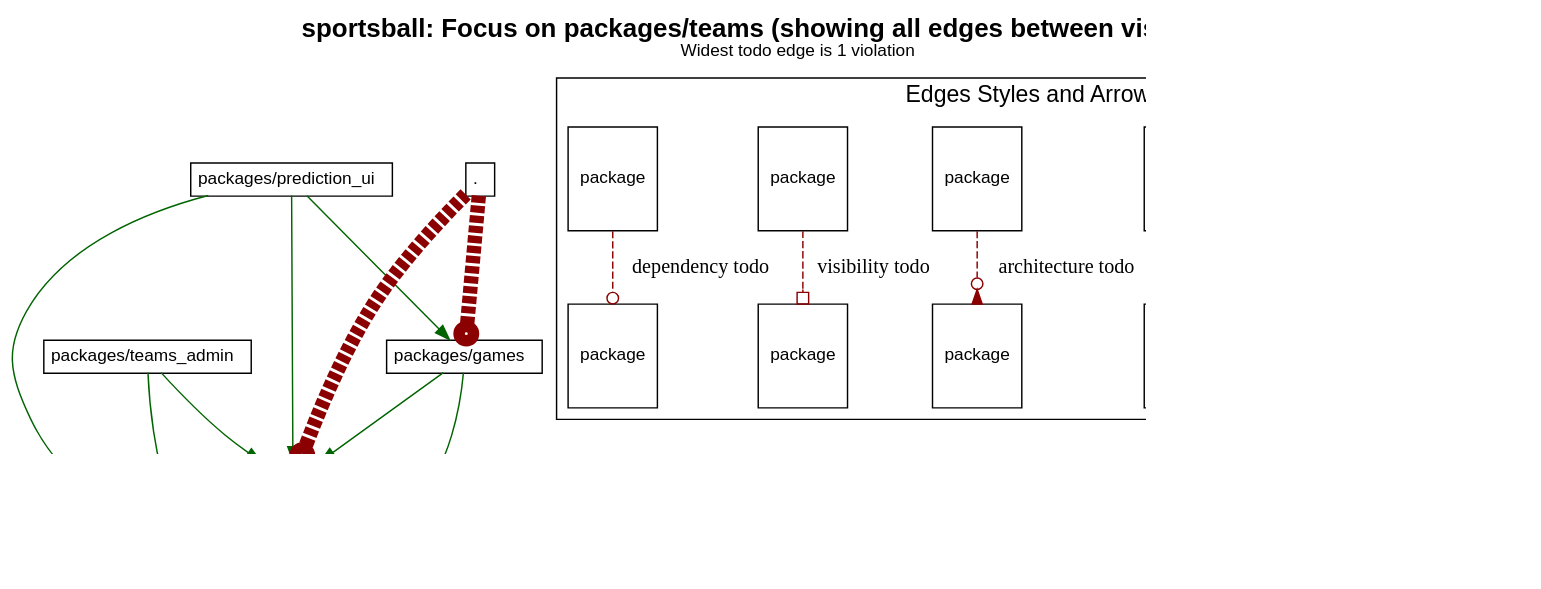
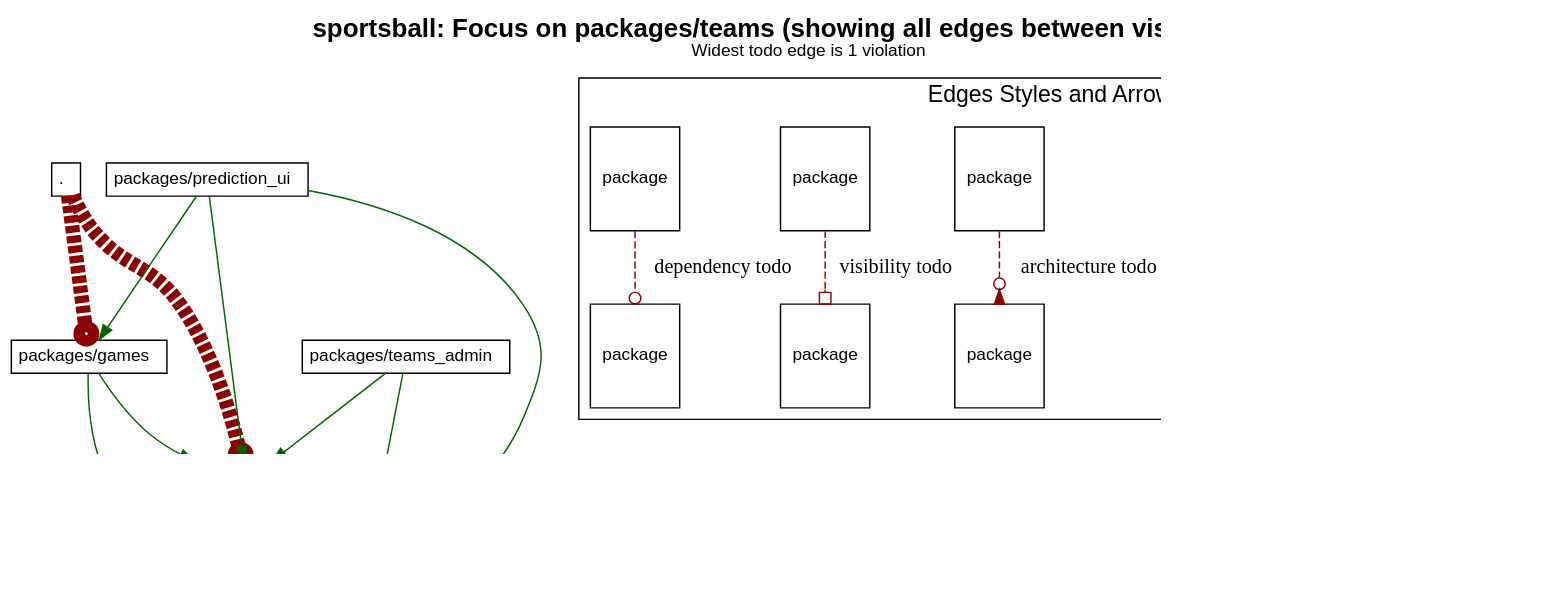
Before and after one commit to shageman/package-based-rails-applications-book: the diagram in c2s05/sportsball/diagrams/packages_teams.dot, drawn with Graphviz. The commit also changed other lines of this file and 496 other files, not shown here.

Commit message:
Update package diagrams

```diff
--- a/c2s05/sportsball/diagrams/packages_teams.dot
+++ b/c2s05/sportsball/diagrams/packages_teams.dot
@@ -1,126 +1,126 @@
 digraph package_diagram {
   rankdir=TD
   graph [
     labelloc="t"
     fontname="Helvetica,Arial,sans-serif"
     dpi=100
     layout=dot
     label=<<b>sportsball: Focus on packages/teams (showing all edges between visible packs)</b><br/><font point-size='12'>Widest todo edge is 1 violation</font>>
     fontsize=18
   ]
   node [
     fontname="Helvetica,Arial,sans-serif"
     fontsize=26.0
     fontcolor=black
     fillcolor=white
     color=black
     height=1.0
     style=filled
     shape=plain
   ]
     subgraph NotInLayer {
       shape=box
       color=darkgrey
       fillcolor=lightblue
       style=filled
         cluster=false
-        "packages/teams" [
-            fontsize=18.0
+        "." [
+            fontsize=12.0
             label= <
                 <table border='0' cellborder='1' cellspacing='0' cellpadding='4'>
-                  <tr> <td align='left'> packages/teams </td> </tr>
+                  <tr> <td align='left'> . </td> </tr>
+                </table>
+              >
+          ]
+        
+        "packages/games" [
+            fontsize=12.0
+            label= <
+                <table border='0' cellborder='1' cellspacing='0' cellpadding='4'>
+                  <tr> <td align='left'> packages/games </td> </tr>
                 </table>
               >
           ]
         
         "packages/prediction_ui" [
             fontsize=12.0
             label= <
                 <table border='0' cellborder='1' cellspacing='0' cellpadding='4'>
                   <tr> <td align='left'> packages/prediction_ui </td> </tr>
                 </table>
               >
           ]
         
+        "packages/rails_shims" [
+            fontsize=12.0
+            label= <
+                <table border='0' cellborder='1' cellspacing='0' cellpadding='4'>
+                  <tr> <td align='left'> packages/rails_shims </td> </tr>
+                </table>
+              >
+          ]
+        
+        "packages/teams" [
+            fontsize=18.0
+            label= <
+                <table border='0' cellborder='1' cellspacing='0' cellpadding='4'>
+                  <tr> <td align='left'> packages/teams </td> </tr>
+                </table>
+              >
+          ]
+        
         "packages/teams_admin" [
             fontsize=12.0
             label= <
                 <table border='0' cellborder='1' cellspacing='0' cellpadding='4'>
                   <tr> <td align='left'> packages/teams_admin </td> </tr>
                 </table>
               >
           ]
         
-        "packages/games" [
-            fontsize=12.0
-            label= <
-                <table border='0' cellborder='1' cellspacing='0' cellpadding='4'>
-                  <tr> <td align='left'> packages/games </td> </tr>
-                </table>
-              >
-          ]
-        
-        "packages/rails_shims" [
-            fontsize=12.0
-            label= <
-                <table border='0' cellborder='1' cellspacing='0' cellpadding='4'>
-                  <tr> <td align='left'> packages/rails_shims </td> </tr>
-                </table>
-              >
-          ]
-        
-        "." [
-            fontsize=12.0
-            label= <
-                <table border='0' cellborder='1' cellspacing='0' cellpadding='4'>
-                  <tr> <td align='left'> . </td> </tr>
-                </table>
-              >
-          ]
-        
     }
-          "packages/teams" -> "packages/rails_shims" [ color=darkgreen ]
+          "packages/games" -> "packages/rails_shims" [ color=darkgreen ]
+          "packages/games" -> "packages/teams" [ color=darkgreen ]
           "packages/prediction_ui" -> "packages/games" [ color=darkgreen ]
           "packages/prediction_ui" -> "packages/rails_shims" [ color=darkgreen ]
           "packages/prediction_ui" -> "packages/teams" [ color=darkgreen ]
+          "packages/teams" -> "packages/rails_shims" [ color=darkgreen ]
           "packages/teams_admin" -> "packages/rails_shims" [ color=darkgreen ]
           "packages/teams_admin" -> "packages/teams" [ color=darkgreen ]
-          "packages/games" -> "packages/rails_shims" [ color=darkgreen ]
-          "packages/games" -> "packages/teams" [ color=darkgreen ]
             "." -> "packages/games" [ color=darkred style=dashed
               constraint=false
               # headlabel="dependency"
                 arrowhead=odot
               penwidth=10            ]
             "." -> "packages/teams" [ color=darkred style=dashed
               constraint=false
               # headlabel="dependency"
                 arrowhead=odot
               penwidth=10            ]
   subgraph cluster_legend {
     fontsize=16
     label="Edges Styles and Arrow Heads"
     A [ fontsize=12 shape=box label="package"]
     B [ fontsize=12 shape=box label="package"]
     C [ fontsize=12 shape=box label="package"]
     D [ fontsize=12 shape=box label="package"]
     E [ fontsize=12 shape=box label="package"]
     F [ fontsize=12 shape=box label="package"]
     G [ fontsize=12 shape=box label="package"]
     H [ fontsize=12 shape=box label="package"]
     I [ fontsize=12 shape=box label="package"]
     J [ fontsize=12 shape=box label="package"]
     A -> B [label="accepted dependency" color=darkgreen]
     C -> D [label="privac todo" color=darkred style=dashed arrowhead=crow]
     E -> F [label="architecture todo" color=darkred style=dashed arrowhead=invodot]
     G -> H [label="visibility todo" color=darkred style=dashed arrowhead=obox]
     I -> J [label="dependency todo" color=darkred style=dashed arrowhead=odot]
   }
   subgraph cluster_teams_legend {
     fontsize=16
     label="Team Colors"
 
 
   }
   J -> "" [style=invis]
 }
```
